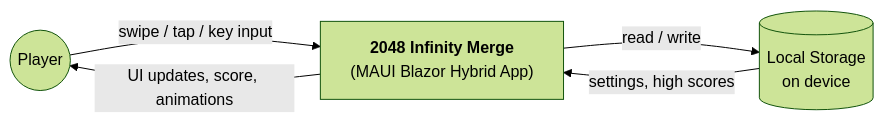
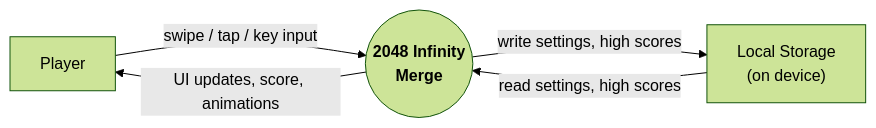
The first of 3 diagrams in Docs/software_requirement.md (LeThaiAn15112004/2048-Infinity-Merge), drawn with Mermaid (forest theme) before and after one commit. The commit also changed other lines of this file, not shown here.

````diff
--- a/Docs/software_requirement.md
+++ b/Docs/software_requirement.md
@@ -17,11 +17,11 @@
 ```mermaid
 flowchart LR
-    Player(("Player"))
-    System["<b>2048 Infinity Merge</b><br/>(MAUI Blazor Hybrid App)"]
-    Storage[("Local Storage<br/>on device")]
+    Player["Player"]
+    Storage["Local Storage<br/>(on device)"]
+    System(("<b>2048 Infinity<br/>Merge</b>"))
 
     Player -- "swipe / tap / key input" --> System
     System -- "UI updates, score, animations" --> Player
-    System -- "read / write" --> Storage
-    Storage -- "settings, high scores" --> System
+    System -- "write settings, high scores" --> Storage
+    Storage -- "read settings, high scores" --> System
 ```
````
